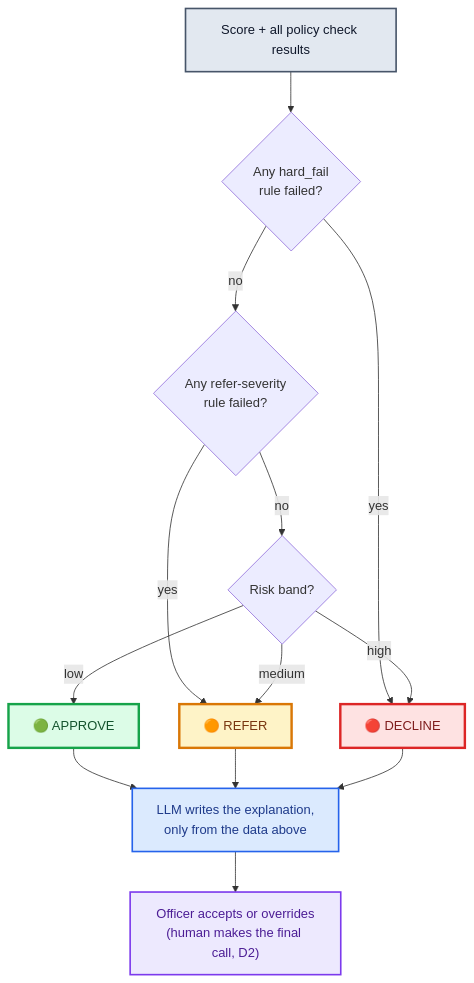
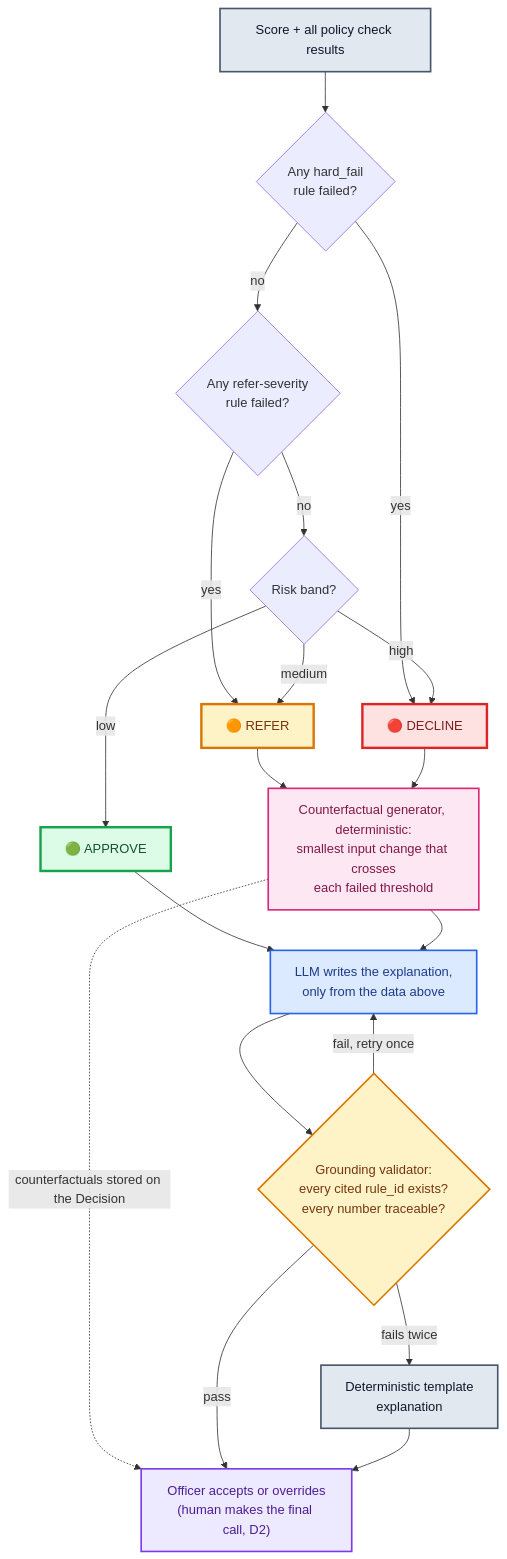
Before and after one commit to Mxjoshi/newcomer-credit-copilot: the second of 2 diagrams in 02-design/deliverables/02-data-model.md, drawn with Mermaid. The commit also changed other lines of this file, not shown here.

Commit message:
Phase 2 review: policy-only inputs, machine-checkable rules, counterfactuals, validator in data model

````diff
--- a/02-design/deliverables/02-data-model.md
+++ b/02-design/deliverables/02-data-model.md
@@ -169,21 +194,30 @@
 ```mermaid
 flowchart TD
     IN["Score + all policy check results"] --> Q1{"Any hard_fail<br/>rule failed?"}
     Q1 -->|"yes"| DEC["🔴 DECLINE"]
     Q1 -->|"no"| Q2{"Any refer-severity<br/>rule failed?"}
     Q2 -->|"yes"| REF["🟠 REFER"]
     Q2 -->|"no"| Q3{"Risk band?"}
     Q3 -->|"low"| APP["🟢 APPROVE"]
     Q3 -->|"medium"| REF
     Q3 -->|"high"| DEC
+    REF --> CF["Counterfactual generator, deterministic:<br/>smallest input change that crosses<br/>each failed threshold"]
+    DEC --> CF
     APP --> LLM["LLM writes the explanation,<br/>only from the data above"]
-    REF --> LLM
-    DEC --> LLM
-    LLM --> OFF["Officer accepts or overrides<br/>(human makes the final call, D2)"]
+    CF --> LLM
+    CF -.->|"counterfactuals stored on the Decision"| OFF
+    LLM --> VAL{"Grounding validator:<br/>every cited rule_id exists?<br/>every number traceable?"}
+    VAL -->|"pass"| OFF["Officer accepts or overrides<br/>(human makes the final call, D2)"]
+    VAL -->|"fail, retry once"| LLM
+    VAL -->|"fails twice"| TPL["Deterministic template<br/>explanation"]
+    TPL --> OFF
     style IN fill:#e2e8f0,stroke:#475569,stroke-width:2px,color:#0f172a
     style APP fill:#dcfce7,stroke:#16a34a,stroke-width:3px,color:#14532d
     style REF fill:#fef3c7,stroke:#d97706,stroke-width:3px,color:#78350f
     style DEC fill:#fee2e2,stroke:#dc2626,stroke-width:3px,color:#7f1d1d
+    style CF fill:#fce7f3,stroke:#db2777,stroke-width:2px,color:#831843
     style LLM fill:#dbeafe,stroke:#2563eb,stroke-width:2px,color:#1e3a8a
+    style VAL fill:#fef3c7,stroke:#d97706,stroke-width:2px,color:#78350f
+    style TPL fill:#e2e8f0,stroke:#475569,stroke-width:2px,color:#0f172a
     style OFF fill:#ede9fe,stroke:#7c3aed,stroke-width:2px,color:#4c1d95
 ```
````
